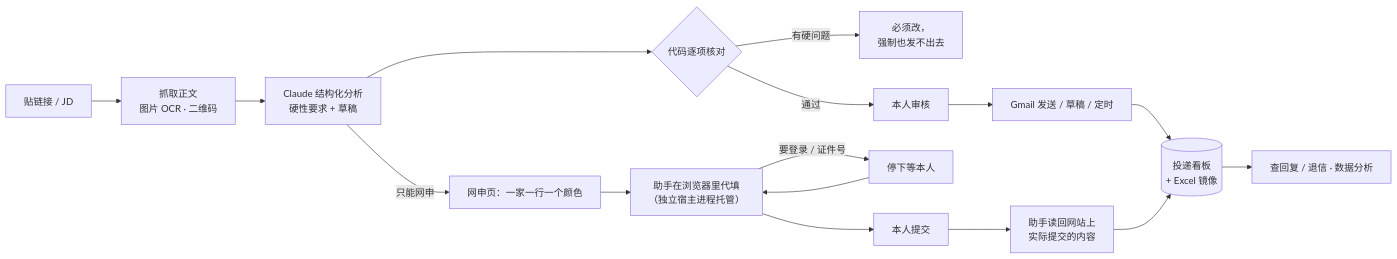
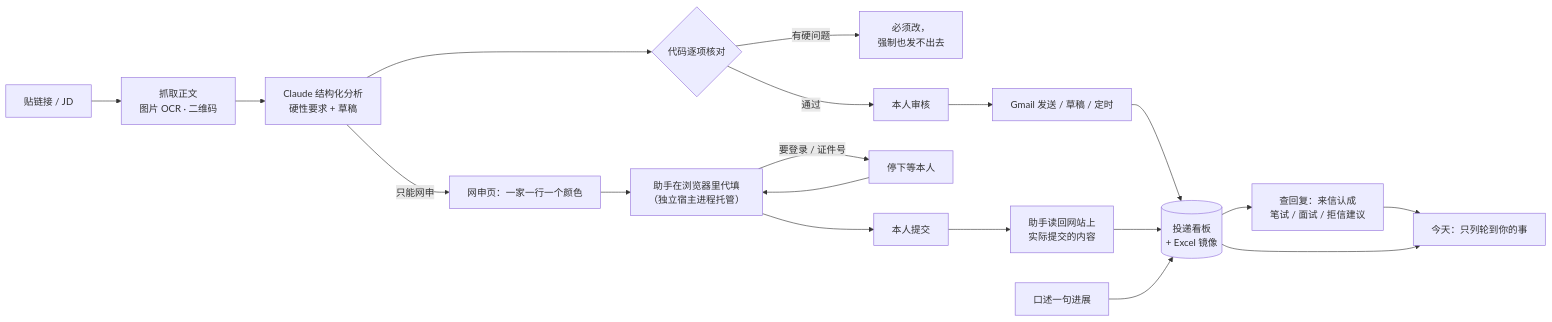
Before and after one commit to yihengz23-ai/job-apply: the diagram in README.md, drawn with Mermaid. The commit also changed other lines of this file and 56 other files, not shown here.

````diff
--- a/README.md
+++ b/README.md
@@ -43,18 +43,21 @@
 ```mermaid
 flowchart LR
     A[贴链接 / JD] --> B[抓取正文<br/>图片 OCR · 二维码]
     B --> C[Claude 结构化分析<br/>硬性要求 + 草稿]
     C --> D{代码逐项核对}
     D -- 有硬问题 --> E[必须改，<br/>强制也发不出去]
     D -- 通过 --> F[本人审核]
     F --> G[Gmail 发送 / 草稿 / 定时]
     G --> H[(投递看板<br/>+ Excel 镜像)]
     C -- 只能网申 --> I[网申页：一家一行一个颜色]
     I --> J[助手在浏览器里代填<br/>（独立宿主进程托管）]
     J -- 要登录 / 证件号 --> K[停下等本人]
     K --> J
     J --> L[本人提交]
     L --> M[助手读回网站上<br/>实际提交的内容]
     M --> H
-    H --> N[查回复 / 退信 · 数据分析]
+    H --> N[查回复：来信认成<br/>笔试 / 面试 / 拒信建议]
+    O[口述一句进展] --> H
+    N --> P[今天：只列轮到你的事]
+    H --> P
 ```
````
